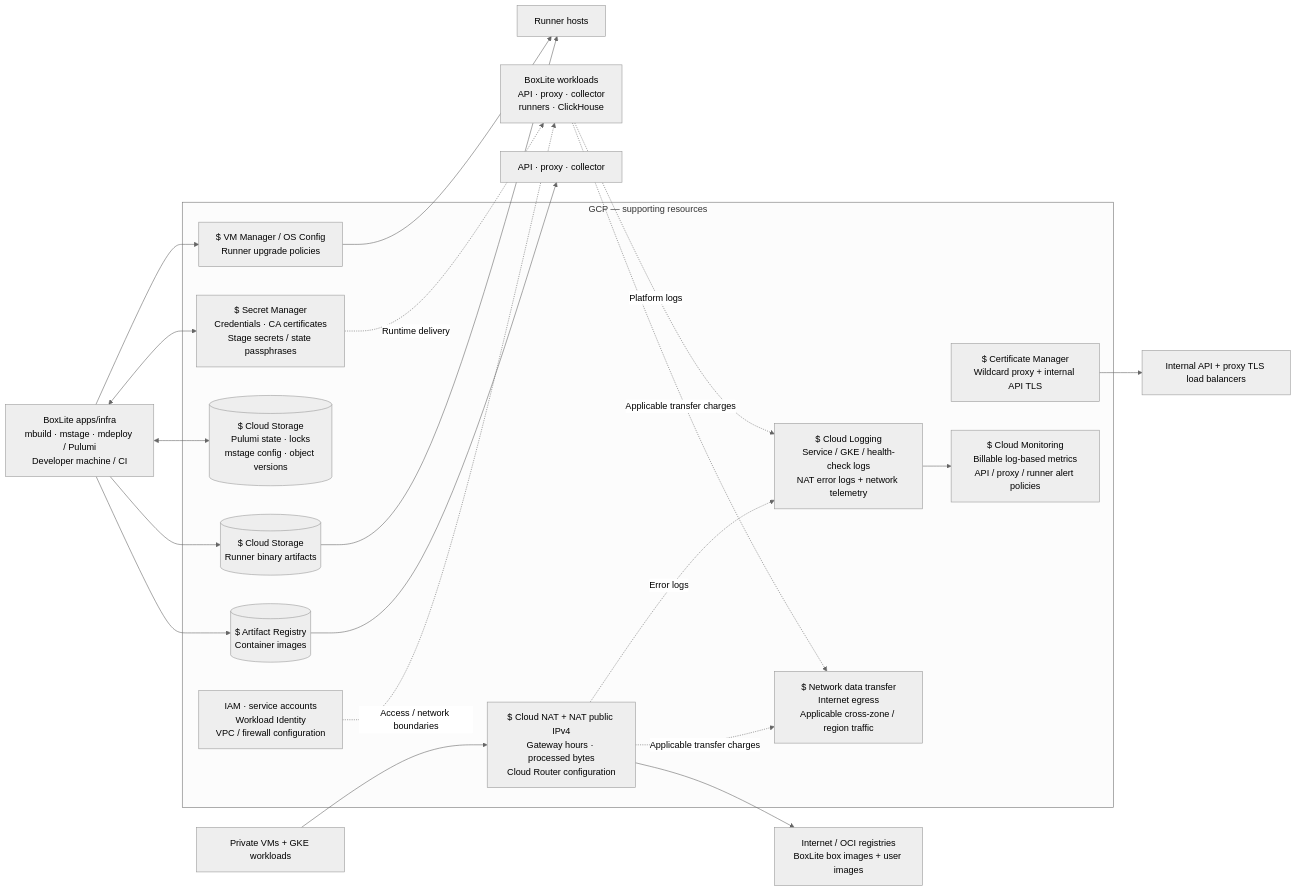
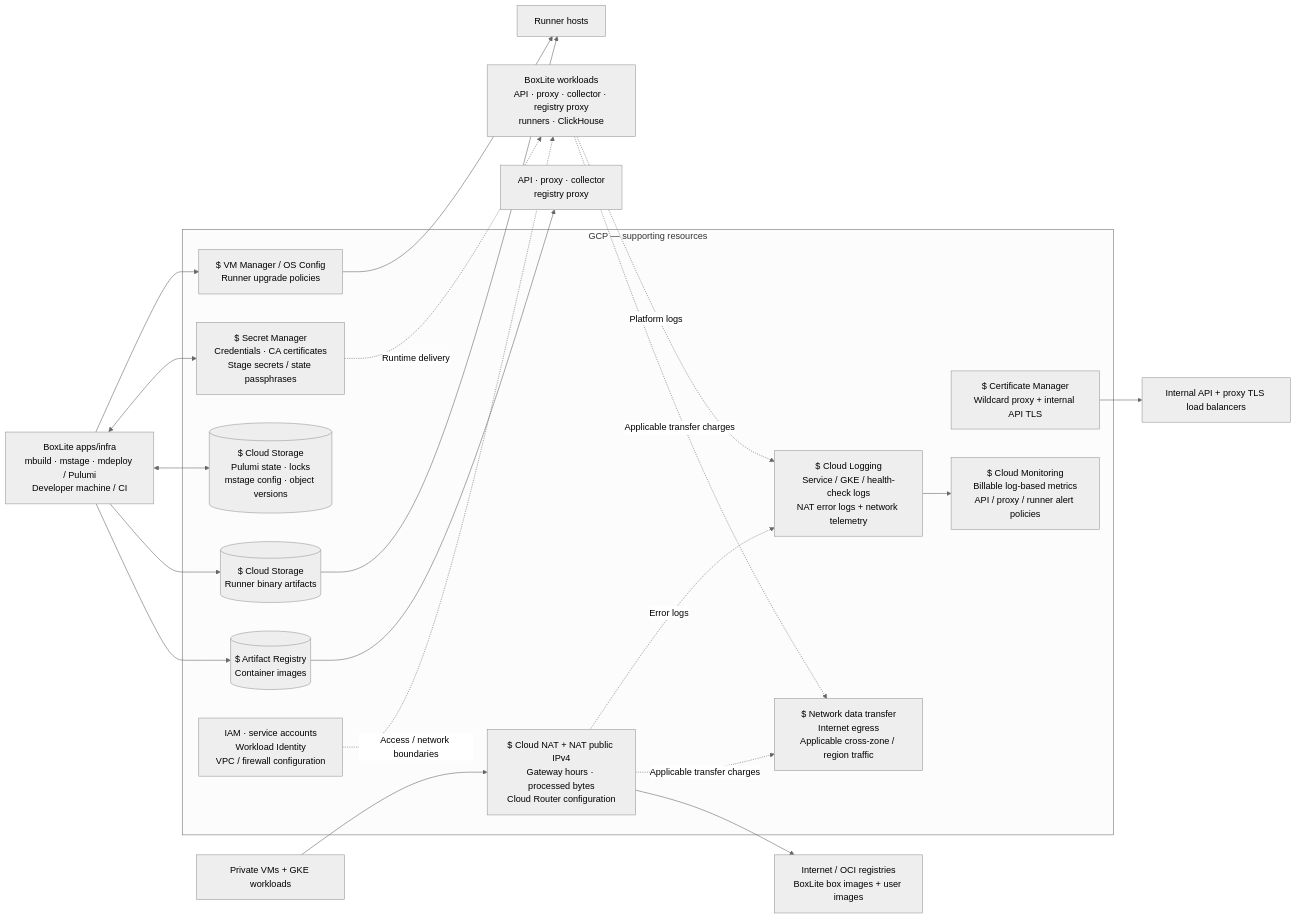
Before and after one commit to boxlite-ai/boxlite: the third of 3 diagrams in apps/infra/docs/gcp/architecture.md, drawn with Mermaid (neutral theme). The commit also changed other lines of this file and 28 other files, not shown here.

````diff
--- a/apps/infra/docs/gcp/architecture.md
+++ b/apps/infra/docs/gcp/architecture.md
@@ -147,37 +154,37 @@
 ```mermaid
 flowchart LR
  deploy["BoxLite apps/infra<br/>mbuild · mstage · mdeploy / Pulumi<br/>Developer machine / CI"]
- workloads["BoxLite workloads<br/>API · proxy · collector<br/>runners · ClickHouse"]
- containers["API · proxy · collector"]
+ workloads["BoxLite workloads<br/>API · proxy · collector · registry proxy<br/>runners · ClickHouse"]
+ containers["API · proxy · collector<br/>registry proxy"]
  hosts["Runner hosts"]
  privateHosts["Private VMs + GKE workloads"]
  lbs["Internal API + proxy TLS load balancers"]
  internet["Internet / OCI registries<br/>BoxLite box images + user images"]
  subgraph support["GCP — supporting resources"]
   registry[("$ Artifact Registry<br/>Container images")]
   artifacts[("$ Cloud Storage<br/>Runner binary artifacts")]
   state[("$ Cloud Storage<br/>Pulumi state · locks<br/>mstage config · object versions")]
   secrets["$ Secret Manager<br/>Credentials · CA certificates<br/>Stage secrets / state passphrases"]
   vmmanager["$ VM Manager / OS Config<br/>Runner upgrade policies"]
   certs["$ Certificate Manager<br/>Wildcard proxy + internal API TLS"]
   nat["$ Cloud NAT + NAT public IPv4<br/>Gateway hours · processed bytes<br/>Cloud Router configuration"]
   transfer["$ Network data transfer<br/>Internet egress<br/>Applicable cross-zone / region traffic"]
   logs["$ Cloud Logging<br/>Service / GKE / health-check logs<br/>NAT error logs + network telemetry"]
   metrics["$ Cloud Monitoring<br/>Billable log-based metrics<br/>API / proxy / runner alert policies"]
   identity["IAM · service accounts<br/>Workload Identity<br/>VPC / firewall configuration"]
  end
  deploy -->registry -->containers
  deploy -->artifacts -->hosts
  deploy <-->state
  deploy <-->secrets
  secrets -. "Runtime delivery" .->workloads
  deploy -->vmmanager -->hosts
  certs -->lbs
  privateHosts -->nat -->internet
  nat -. "Applicable transfer charges" .->transfer
  workloads -. "Applicable transfer charges" .->transfer
  workloads -. "Platform logs" .->logs
  nat -. "Error logs" .->logs
  logs -->metrics
  identity -. "Access / network boundaries" .->workloads
 ```
````
